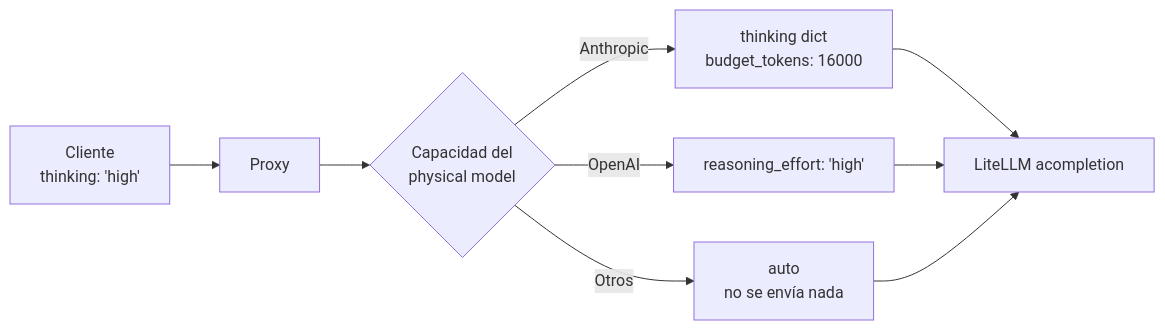
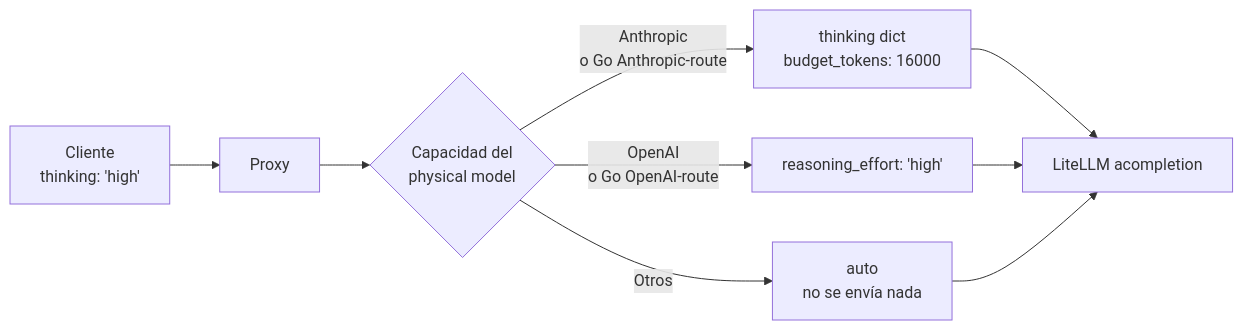
Before and after one commit to CesarGuzmanLopez/proxy-cesar: the seventh of 8 diagrams in diagramas.md, drawn with Mermaid. The commit also changed other lines of this file and 4 other files, not shown here.

First line of the commit message:
docs: v1.1 — update diagrams, README, delete CLAUDE.md

````diff
--- a/diagramas.md
+++ b/diagramas.md
@@ -245,11 +238,11 @@
 ```mermaid
 flowchart LR
     C[Cliente<br/>thinking: 'high'] --> P[Proxy]
     P --> D{Capacidad del<br/>physical model}
-    D -->|Anthropic| A[thinking dict<br/>budget_tokens: 16000]
-    D -->|OpenAI| O[reasoning_effort: 'high']
+    D -->|Anthropic<br/>o Go Anthropic-route| A[thinking dict<br/>budget_tokens: 16000]
+    D -->|OpenAI<br/>o Go OpenAI-route| O[reasoning_effort: 'high']
     D -->|Otros| X[auto<br/>no se envía nada]
     A --> LLM[LiteLLM acompletion]
     O --> LLM
     X --> LLM
 ```
````
